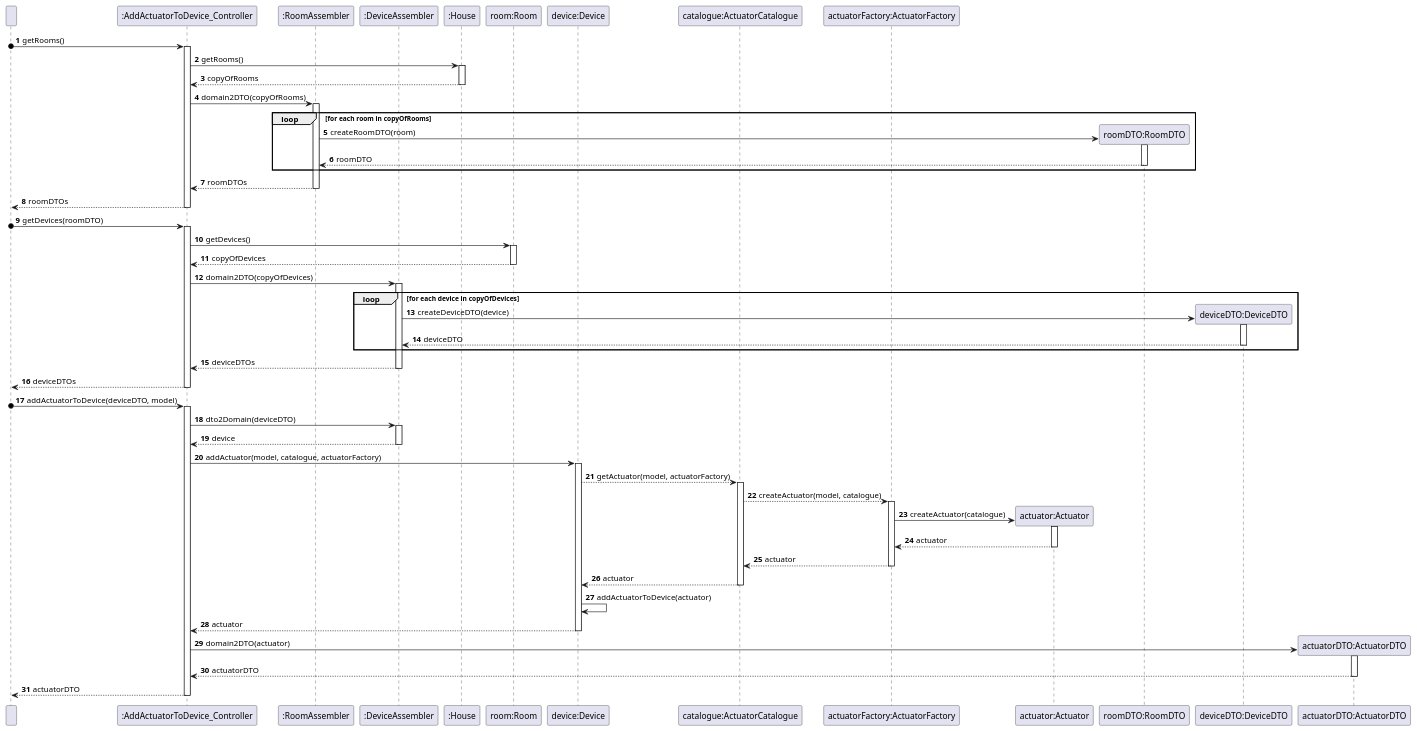
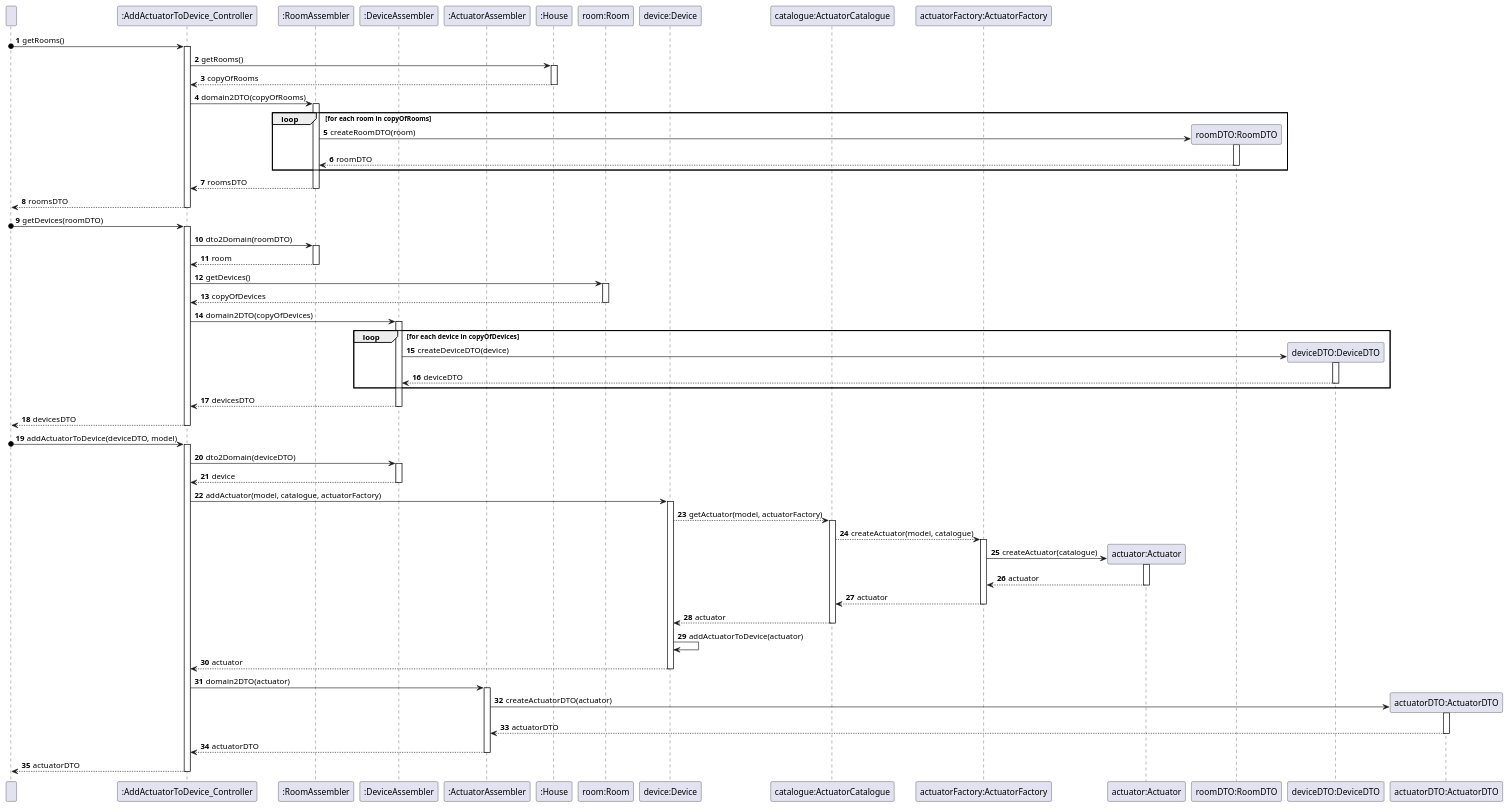
One commit to olivDiogo/SmartHome changed the diagram in docs/ood/SequenceDiagram/US12AddActuatorToDevice.puml. Above: the diagram before and after it, drawn with PlantUML. The commit also changed 1 other file, not shown here.

Commit message:
Created Class Diagram of US12-AddActuatorToDevice

```diff
--- a/docs/ood/SequenceDiagram/US12AddActuatorToDevice.puml
+++ b/docs/ood/SequenceDiagram/US12AddActuatorToDevice.puml
@@ -1,167 +1,185 @@
 @startuml
 'https://plantuml.com/sequence-diagram
 
 participant " " as User
 
 participant ":AddActuatorToDevice_Controller" as AddActuatorToDevice_Controller
 
 participant ":RoomAssembler" as RoomAssembler
 
 participant ":DeviceAssembler" as DeviceAssembler
+
+participant ":ActuatorAssembler" as ActuatorAssembler
 
 participant ":House" as House
 
 participant "room:Room" as Room
 
 participant "device:Device" as Device
 
 participant "catalogue:ActuatorCatalogue" as CatalogueActuator
 
 participant "actuatorFactory:ActuatorFactory" as ActuatorFactory
 
 participant "actuator:Actuator" as Actuator
 
 participant "roomDTO:RoomDTO" as RoomDTO
 
 participant "deviceDTO:DeviceDTO" as DeviceDTO
 
 participant "actuatorDTO:ActuatorDTO" as ActuatorDTO
 
 autonumber
 
 '----------------------------------------------------'
 
 User o-> AddActuatorToDevice_Controller: getRooms()
 
 activate AddActuatorToDevice_Controller
 
 AddActuatorToDevice_Controller -> House: getRooms()
 
 activate House
 
 House --> AddActuatorToDevice_Controller: copyOfRooms
 
 deactivate House
 
 AddActuatorToDevice_Controller -> RoomAssembler: domain2DTO(copyOfRooms)
 
 activate RoomAssembler
 
 loop for each room in copyOfRooms
 
 create RoomDTO
     RoomAssembler -> RoomDTO: createRoomDTO(room)
     activate RoomDTO
     RoomDTO --> RoomAssembler: roomDTO
     deactivate RoomDTO
 end
 
-RoomAssembler --> AddActuatorToDevice_Controller: roomDTOs
+RoomAssembler --> AddActuatorToDevice_Controller: roomsDTO
 
 deactivate RoomAssembler
 
-AddActuatorToDevice_Controller --> User: roomDTOs
+AddActuatorToDevice_Controller --> User: roomsDTO
 
 deactivate AddActuatorToDevice_Controller
 
 '----------------------------------------------------'
 
 User o-> AddActuatorToDevice_Controller: getDevices(roomDTO)
 
 activate AddActuatorToDevice_Controller
+
+AddActuatorToDevice_Controller -> RoomAssembler: dto2Domain(roomDTO)
+
+activate RoomAssembler
+
+RoomAssembler --> AddActuatorToDevice_Controller: room
+
+deactivate RoomAssembler
 
 AddActuatorToDevice_Controller -> Room: getDevices()
 
 activate Room
 
 Room --> AddActuatorToDevice_Controller: copyOfDevices
 
 deactivate Room
 
 AddActuatorToDevice_Controller -> DeviceAssembler: domain2DTO(copyOfDevices)
 
 activate DeviceAssembler
 
 loop for each device in copyOfDevices
 
 create DeviceDTO
     DeviceAssembler -> DeviceDTO: createDeviceDTO(device)
     activate DeviceDTO
     DeviceDTO --> DeviceAssembler: deviceDTO
     deactivate DeviceDTO
 end
 
-DeviceAssembler --> AddActuatorToDevice_Controller: deviceDTOs
+DeviceAssembler --> AddActuatorToDevice_Controller: devicesDTO
 
 deactivate DeviceAssembler
 
-AddActuatorToDevice_Controller --> User: deviceDTOs
+AddActuatorToDevice_Controller --> User: devicesDTO
 
 deactivate AddActuatorToDevice_Controller
 
 '----------------------------------------------------'
 
 User o-> AddActuatorToDevice_Controller: addActuatorToDevice(deviceDTO, model)
 
 activate AddActuatorToDevice_Controller
 
 AddActuatorToDevice_Controller -> DeviceAssembler: dto2Domain(deviceDTO)
 
 activate DeviceAssembler
 
 DeviceAssembler --> AddActuatorToDevice_Controller: device
 
 deactivate DeviceAssembler
 
 AddActuatorToDevice_Controller -> Device: addActuator(model, catalogue, actuatorFactory)
 
 activate Device
 
 Device --> CatalogueActuator: getActuator(model, actuatorFactory)
 
 activate CatalogueActuator
 
 CatalogueActuator --> ActuatorFactory: createActuator(model, catalogue)
 
 activate ActuatorFactory
 
 create Actuator
 
 ActuatorFactory -> Actuator: createActuator(catalogue)
 
 activate Actuator
 
 Actuator --> ActuatorFactory: actuator
 
 deactivate Actuator
 
 ActuatorFactory --> CatalogueActuator: actuator
 
 deactivate ActuatorFactory
 
 CatalogueActuator --> Device: actuator
 
 deactivate CatalogueActuator
 
 Device -> Device: addActuatorToDevice(actuator)
 
 Device --> AddActuatorToDevice_Controller: actuator
 
 deactivate Device
 
+AddActuatorToDevice_Controller -> ActuatorAssembler: domain2DTO(actuator)
+
+activate ActuatorAssembler
+
 create ActuatorDTO
 
-AddActuatorToDevice_Controller -> ActuatorDTO: domain2DTO(actuator)
+ActuatorAssembler -> ActuatorDTO: createActuatorDTO(actuator)
 
 activate ActuatorDTO
 
-ActuatorDTO --> AddActuatorToDevice_Controller: actuatorDTO
+ActuatorDTO --> ActuatorAssembler: actuatorDTO
 
 deactivate ActuatorDTO
+
+ActuatorAssembler --> AddActuatorToDevice_Controller: actuatorDTO
+
+deactivate ActuatorAssembler
 
 AddActuatorToDevice_Controller --> User: actuatorDTO
 
 deactivate AddActuatorToDevice_Controller
 
 
 @enduml
```
